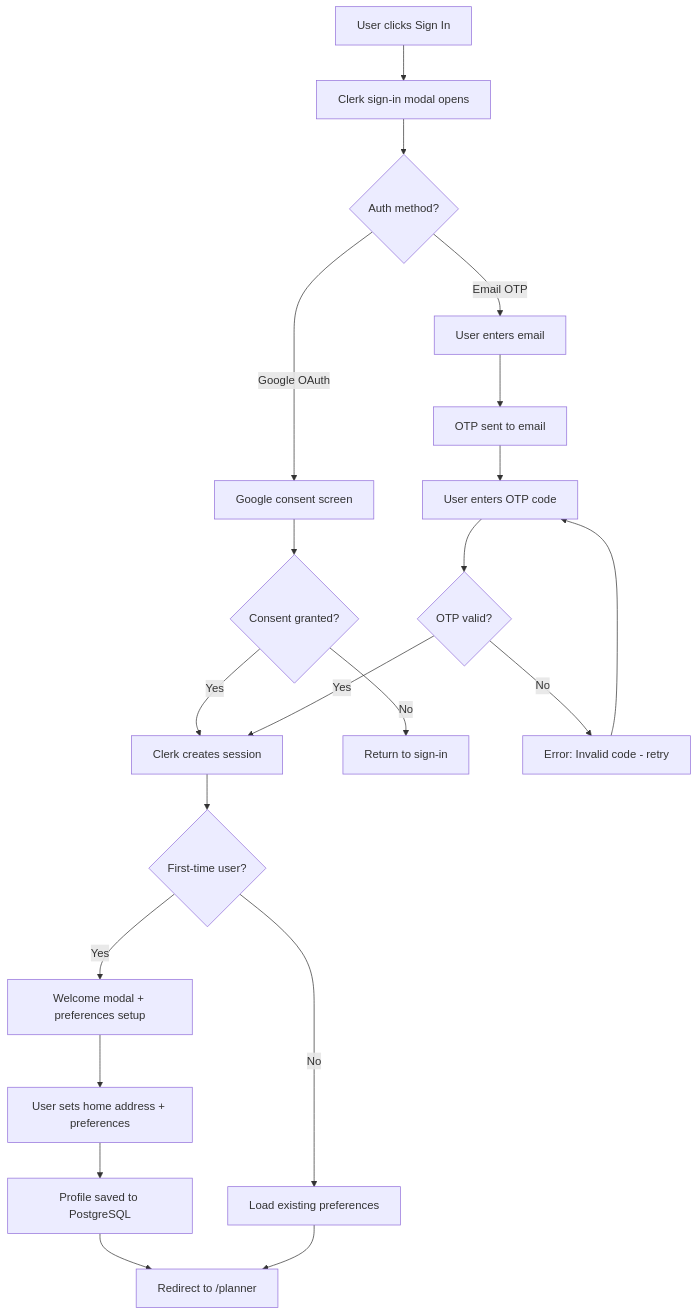
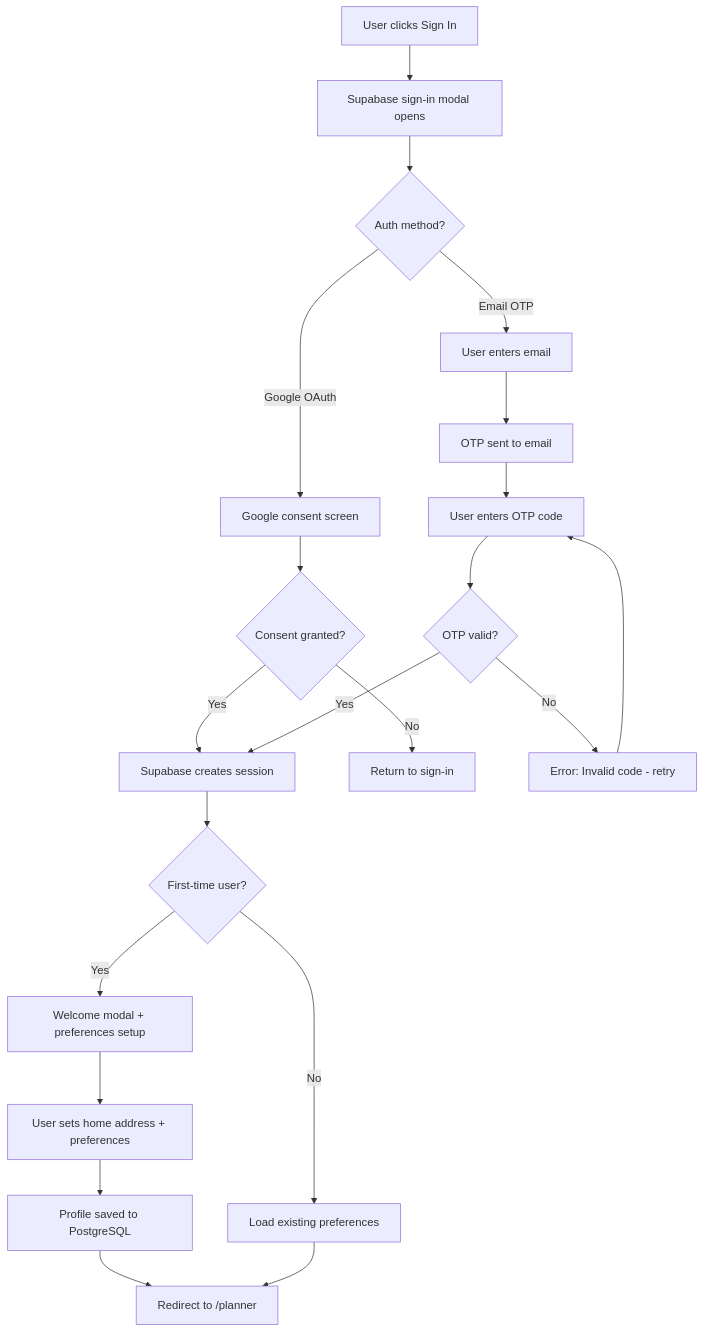
The second of 8 diagrams in docs/03-design/User Flows.md (ayushrai1235/TravelMate), drawn with Mermaid before and after one commit. The commit also changed other lines of this file and 77 other files, not shown here.

Commit message:
feat: initialize core backend architecture and documentation for TravelMate API service

````diff
--- a/docs/03-design/User Flows.md
+++ b/docs/03-design/User Flows.md
@@ -45,23 +45,23 @@
 ```mermaid
 flowchart TD
-    A[User clicks Sign In] --> B[Clerk sign-in modal opens]
+    A[User clicks Sign In] --> B[Supabase sign-in modal opens]
     B --> C{Auth method?}
     C -->|Google OAuth| D[Google consent screen]
     D --> E{Consent granted?}
-    E -->|Yes| F[Clerk creates session]
+    E -->|Yes| F[Supabase creates session]
     E -->|No| G[Return to sign-in]
     C -->|Email OTP| H[User enters email]
     H --> I[OTP sent to email]
     I --> J[User enters OTP code]
     J --> K{OTP valid?}
     K -->|Yes| F
     K -->|No| L[Error: Invalid code - retry]
     L --> J
     F --> M{First-time user?}
     M -->|Yes| N[Welcome modal + preferences setup]
     N --> O[User sets home address + preferences]
     O --> P[Profile saved to PostgreSQL]
     M -->|No| Q[Load existing preferences]
     P --> R[Redirect to /planner]
     Q --> R
 ```
````
